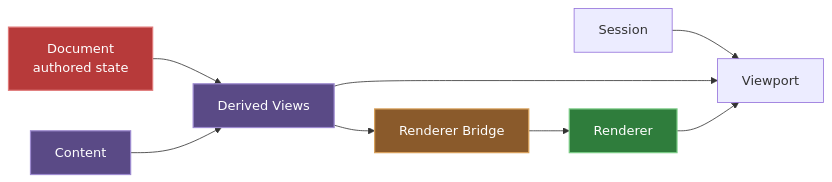
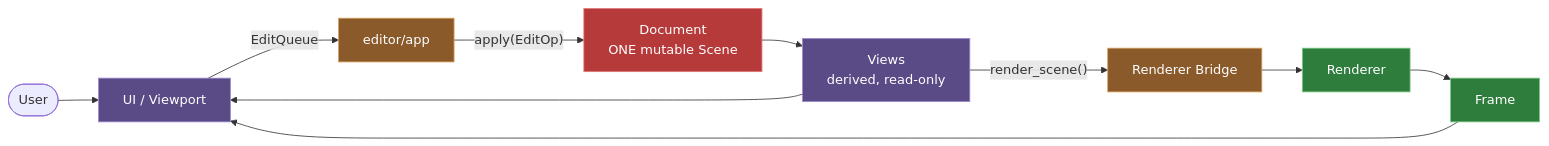
The first of 4 diagrams in README.md (nicolasgfx/Portfolio), drawn with Mermaid before and after one commit. The commit also changed other lines of this file, not shown here.

````diff
--- a/README.md
+++ b/README.md
@@ -286,28 +229,22 @@
 ```mermaid
 flowchart LR
-    Document["Document<br/>authored state"]
-    Content["Content"]
-    Session["Session"]
-    Views["Derived Views"]
-    Bridge["Renderer Bridge"]
-    Renderer["Renderer"]
-    Viewport["Viewport"]
+    User(["User"]) --> UI["UI / Viewport"]
+    UI -->|"EditQueue"| App["editor/app"]
+    App -->|"apply(EditOp)"| Doc["Document<br/>ONE mutable Scene"]
+    Doc --> Views["Views<br/>derived, read-only"]
 
-    Document --> Views
-    Content --> Views
-    Views --> Bridge
-    Bridge --> Renderer
+    Views --> UI
+    Views -->|"render_scene()"| Bridge["Renderer Bridge"]
+    Bridge --> Renderer["Renderer"]
+    Renderer --> Frame["Frame"]
+    Frame --> UI
 
-    Session --> Viewport
-    Views --> Viewport
-    Renderer --> Viewport
-
-    classDef truth fill:#b73a3a,stroke:#e07a7a,stroke-width:1.5px,color:#fff
-    classDef view fill:#5a4a86,stroke:#9d8ad0,stroke-width:1.5px,color:#fff
-    classDef bridge fill:#8a5a2b,stroke:#d8a05a,stroke-width:1.5px,color:#fff
-    classDef gpu fill:#2f7d3c,stroke:#7acb85,stroke-width:1.5px,color:#fff
-    class Document truth
-    class Views,Content view
-    class Bridge bridge
-    class Renderer gpu
+    classDef truth fill:#b73a3a,stroke:#e07a7a,color:#fff
+    classDef view fill:#5a4a86,stroke:#9d8ad0,color:#fff
+    classDef bridge fill:#8a5a2b,stroke:#d8a05a,color:#fff
+    classDef gpu fill:#2f7d3c,stroke:#7acb85,color:#fff
+    class Doc truth
+    class UI,Views view
+    class App,Bridge bridge
+    class Renderer,Frame gpu
 ```
````
